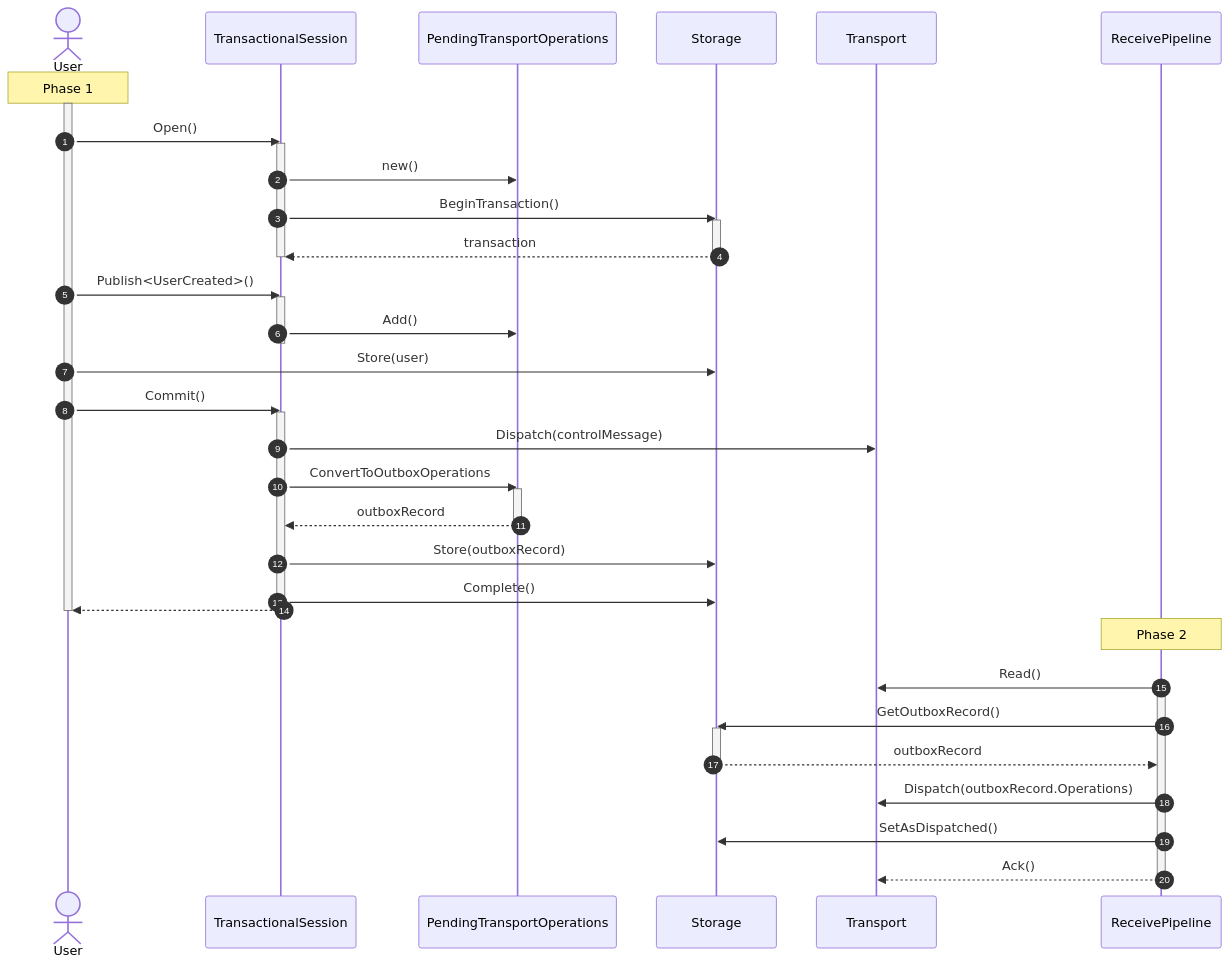
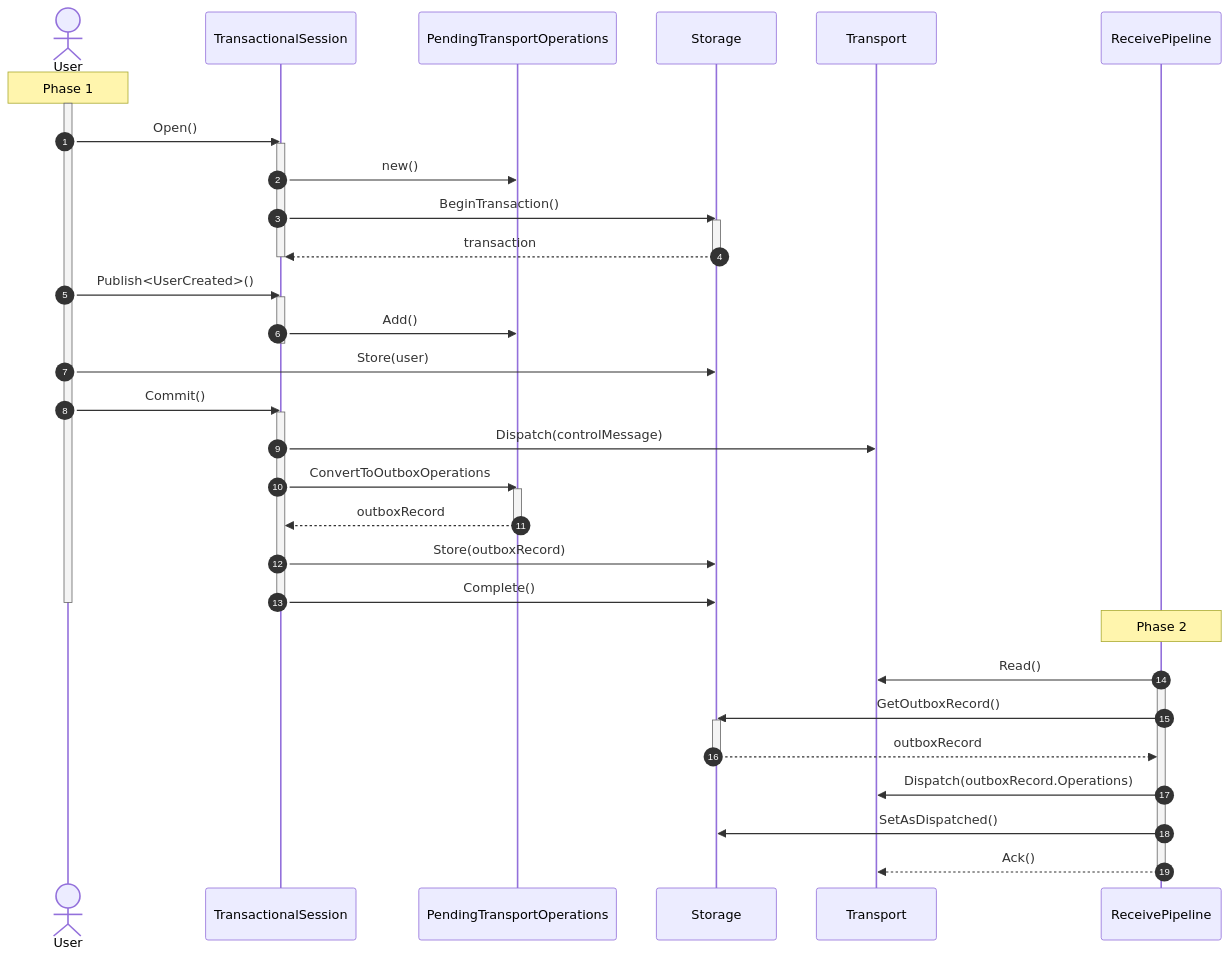
The diagram in nservicebus/transactional-session/index.md (Particular/docs.particular.net), drawn with Mermaid before and after one commit.

````diff
--- a/nservicebus/transactional-session/index.md
+++ b/nservicebus/transactional-session/index.md
@@ -68,49 +68,44 @@
 ```mermaid
 sequenceDiagram
     actor User
     autonumber
     Note over User: Phase 1
     activate User
     User->>TransactionalSession: Open()
     activate TransactionalSession
     TransactionalSession->>PendingTransportOperations: new()
     TransactionalSession->>Storage: BeginTransaction()
     activate Storage
     Storage-->>TransactionalSession: transaction
     deactivate Storage
     deactivate TransactionalSession
-
     User->>TransactionalSession: Publish<UserCreated>()
     activate TransactionalSession
     TransactionalSession->>PendingTransportOperations: Add()
     deactivate TransactionalSession
-
     activate TransactionalSession
     deactivate TransactionalSession
     User->>Storage: Store(user)
-
     User->>TransactionalSession: Commit()
     activate TransactionalSession
     TransactionalSession->>Transport: Dispatch(controlMessage)
     TransactionalSession->>PendingTransportOperations: ConvertToOutboxOperations
     activate PendingTransportOperations
     PendingTransportOperations-->>TransactionalSession: outboxRecord
     deactivate PendingTransportOperations
     TransactionalSession->>Storage: Store(outboxRecord)
     TransactionalSession->>Storage: Complete()
-    TransactionalSession-->>User:
     deactivate TransactionalSession
     deactivate User
-
     Note over ReceivePipeline: Phase 2
     ReceivePipeline->>Transport: Read()
     activate ReceivePipeline
     ReceivePipeline->>Storage: GetOutboxRecord()
     activate Storage
     Storage-->>ReceivePipeline: outboxRecord
     deactivate Storage
     ReceivePipeline->>Transport: Dispatch(outboxRecord.Operations)
     ReceivePipeline->>Storage: SetAsDispatched()
     ReceivePipeline-->>Transport: Ack()
     deactivate ReceivePipeline
 ```
````
